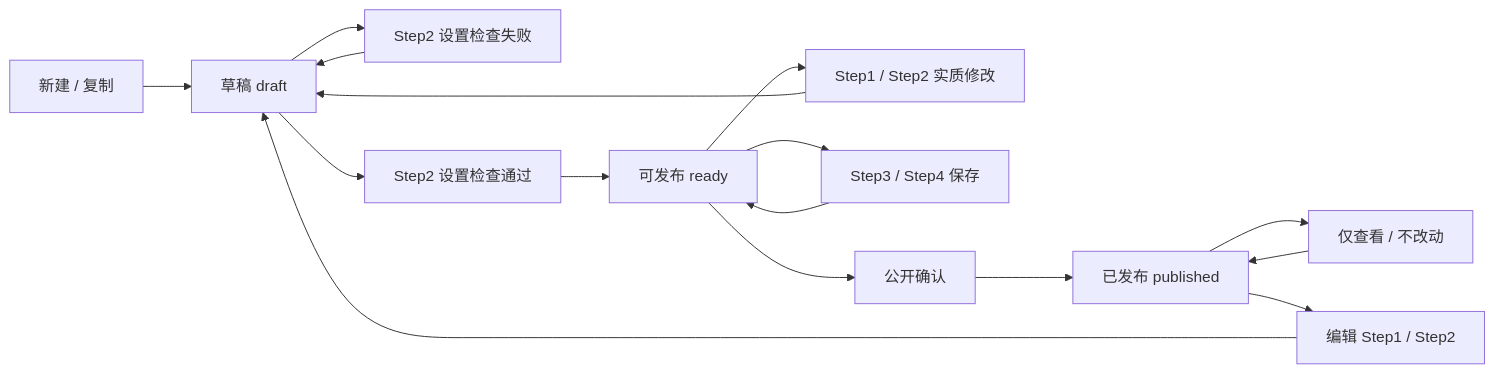
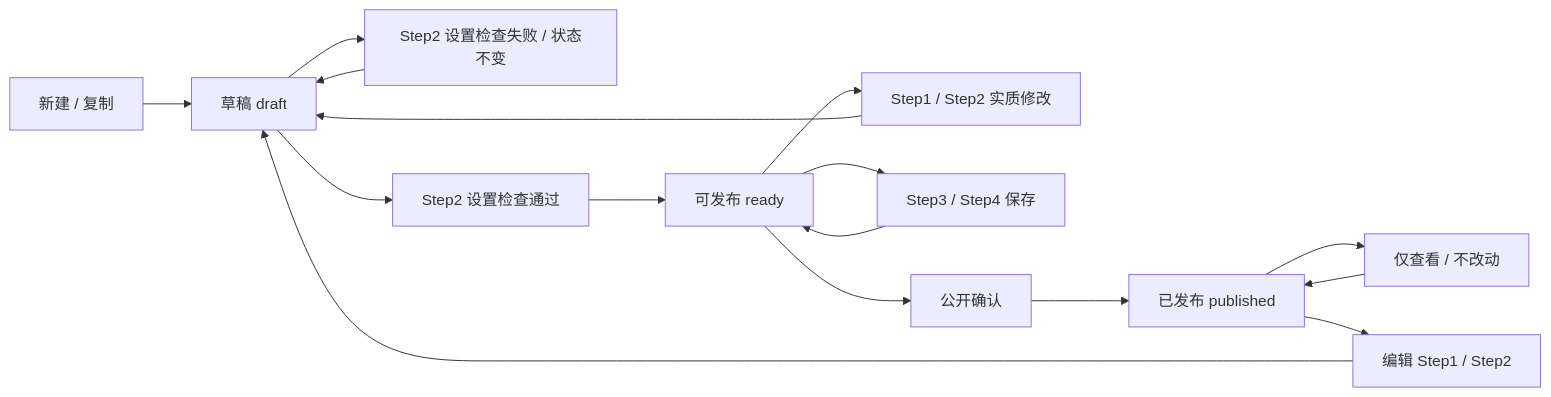
One commit to aruirage/IDP-workflow changed the first of 3 diagrams in prototypes/kisoku-nintei/PRD.zh-CN.md. Above: the diagram before and after it, drawn with Mermaid. The commit also changed other lines of this file and 1 other file, not shown here.

Commit message:
Clarify workflow check save behavior

````diff
--- a/prototypes/kisoku-nintei/PRD.zh-CN.md
+++ b/prototypes/kisoku-nintei/PRD.zh-CN.md
@@ -81,18 +81,18 @@
 ```mermaid
 flowchart LR
   newScene["新建 / 复制"] --> draft["草稿 draft"]
-  draft --> checkFail["Step2 设置检查失败"]
+  draft --> checkFail["Step2 设置检查失败 / 状态不变"]
   checkFail --> draft
   draft --> checkSuccess["Step2 设置检查通过"]
   checkSuccess --> ready["可发布 ready"]
   ready --> edit12["Step1 / Step2 实质修改"]
   edit12 --> draft
   ready --> save34["Step3 / Step4 保存"]
   save34 --> ready
   ready --> publish["公开确认"]
   publish --> published["已发布 published"]
   published --> viewOnly["仅查看 / 不改动"]
   viewOnly --> published
   published --> editPublished["编辑 Step1 / Step2"]
   editPublished --> draft
 ```
````
